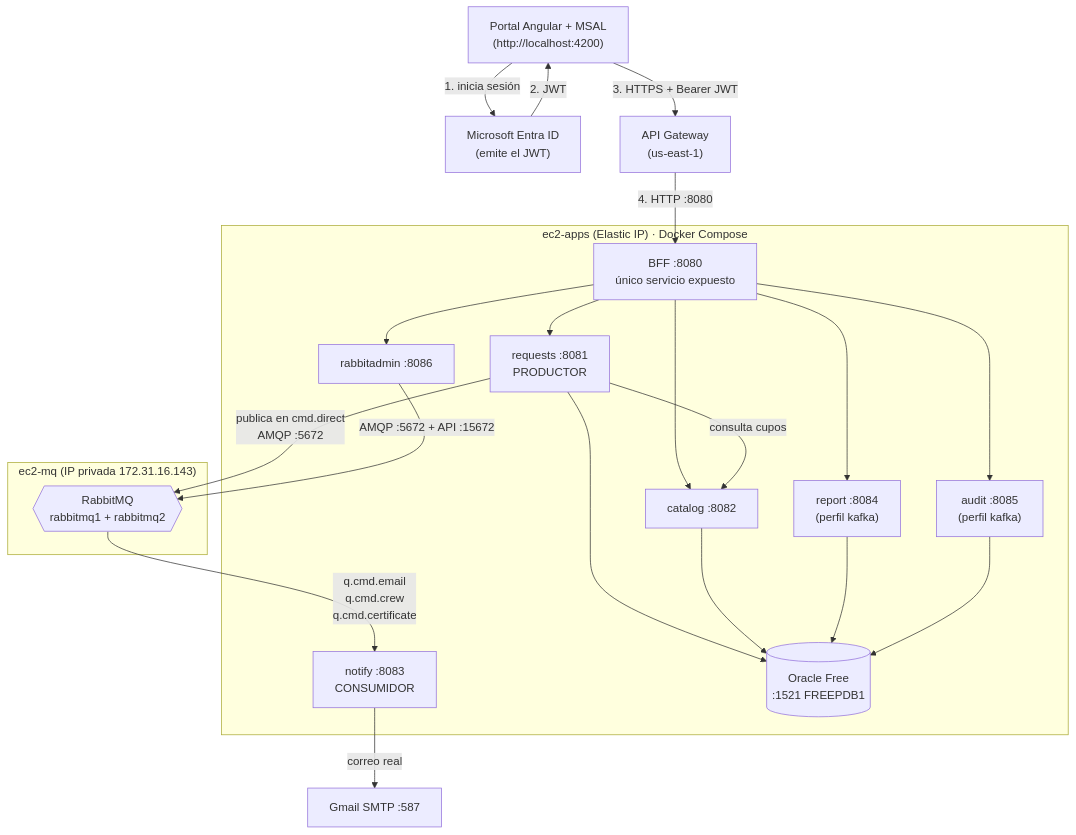
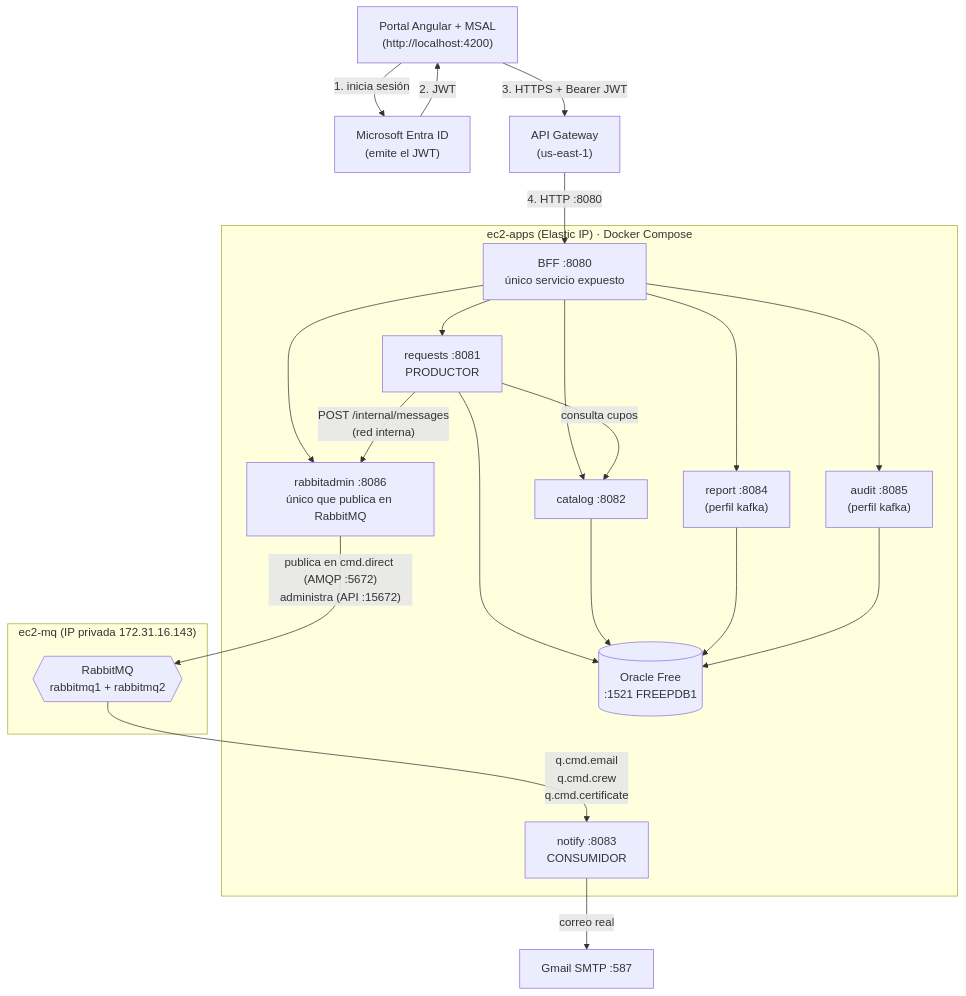
The diagram in README.md (ManuelCaceresDuocUC/barriodigital-infra), drawn with Mermaid before and after one commit. The commit also changed other lines of this file and 1 other file, not shown here.

Commit message:
chore: requests publica a través de rabbitadmin (#68)
Closes #67

````diff
--- a/README.md
+++ b/README.md
@@ -37,42 +37,42 @@
 ```mermaid
 flowchart TB
     portal["Portal Angular + MSAL<br/>(http://localhost:4200)"]
     entra["Microsoft Entra ID<br/>(emite el JWT)"]
     apigw["API Gateway<br/>(us-east-1)"]
     gmail["Gmail SMTP :587"]
 
     portal -- "1. inicia sesión" --> entra
     entra -- "2. JWT" --> portal
     portal -- "3. HTTPS + Bearer JWT" --> apigw
 
     subgraph ec2apps["ec2-apps (Elastic IP) · Docker Compose"]
         bff["BFF :8080<br/>único servicio expuesto"]
         req["requests :8081<br/>PRODUCTOR"]
         cat["catalog :8082"]
         notify["notify :8083<br/>CONSUMIDOR"]
-        radm["rabbitadmin :8086"]
+        radm["rabbitadmin :8086<br/>único que publica en RabbitMQ"]
         rep["report :8084<br/>(perfil kafka)"]
         aud["audit :8085<br/>(perfil kafka)"]
         ora[("Oracle Free<br/>:1521 FREEPDB1")]
     end
 
     subgraph ec2mq["ec2-mq (IP privada 172.31.16.143)"]
         rmq{{"RabbitMQ<br/>rabbitmq1 + rabbitmq2"}}
     end
 
     apigw -- "4. HTTP :8080" --> bff
     bff --> req
     bff --> cat
     bff --> radm
     bff --> rep
     bff --> aud
     req -- "consulta cupos" --> cat
     req --> ora
     cat --> ora
     rep --> ora
     aud --> ora
-    req -- "publica en cmd.direct<br/>AMQP :5672" --> rmq
+    req -- "POST /internal/messages<br/>(red interna)" --> radm
     rmq -- "q.cmd.email<br/>q.cmd.crew<br/>q.cmd.certificate" --> notify
-    radm -- "AMQP :5672 + API :15672" --> rmq
+    radm -- "publica en cmd.direct (AMQP :5672)<br/>administra (API :15672)" --> rmq
     notify -- "correo real" --> gmail
 ```
````
